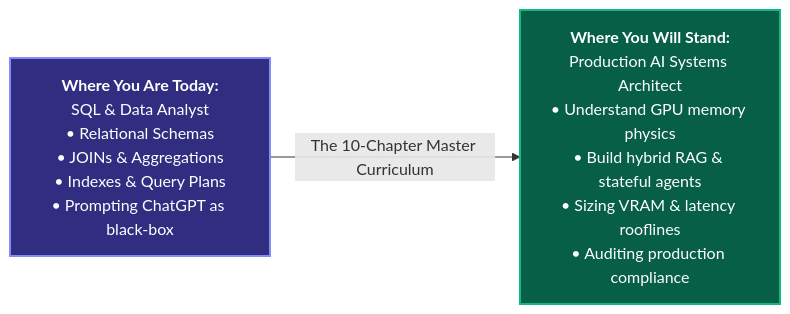
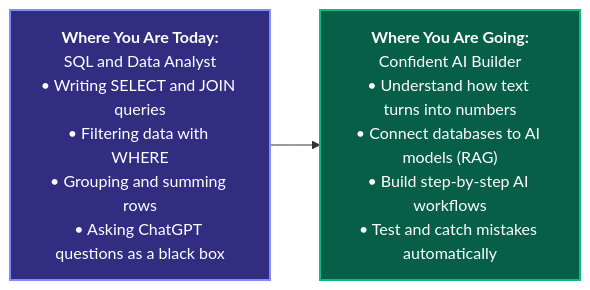
The first of 4 diagrams in chapter_00_sql_to_ai_rosetta_stone.md (bidya271/ai-handbook), drawn with Mermaid before and after one commit. The commit also changed other lines of this file and 12 other files, not shown here.

````diff
--- a/chapter_00_sql_to_ai_rosetta_stone.md
+++ b/chapter_00_sql_to_ai_rosetta_stone.md
@@ -11,11 +11,11 @@
 ```mermaid
 flowchart LR
-    A["<b>Where You Are Today:</b><br/>SQL & Data Analyst<br/>• Relational Schemas<br/>• JOINs & Aggregations<br/>• Indexes & Query Plans<br/>• Prompting ChatGPT as black-box"]
-    -->|The 10-Chapter Master Curriculum| B["<b>Where You Will Stand:</b><br/>Production AI Systems Architect<br/>• Understand GPU memory physics<br/>• Build hybrid RAG & stateful agents<br/>• Sizing VRAM & latency rooflines<br/>• Auditing production compliance"]
+    A["<b>Where You Are Today:</b><br/>SQL and Data Analyst<br/>• Writing SELECT and JOIN queries<br/>• Filtering data with WHERE<br/>• Grouping and summing rows<br/>• Asking ChatGPT questions as a black box"]
+    --> B["<b>Where You Are Going:</b><br/>Confident AI Builder<br/>• Understand how text turns into numbers<br/>• Connect databases to AI models (RAG)<br/>• Build step-by-step AI workflows<br/>• Test and catch mistakes automatically"]
 
     classDef default fill:#1e293b,stroke:#6366f1,stroke-width:1.5px,color:#f8fafc;
     classDef startNode fill:#312e81,stroke:#818cf8,stroke-width:2px,color:#ffffff;
     classDef endNode fill:#065f46,stroke:#10b981,stroke-width:2px,color:#ffffff;
     class A startNode;
     class B endNode;
 ```
````
